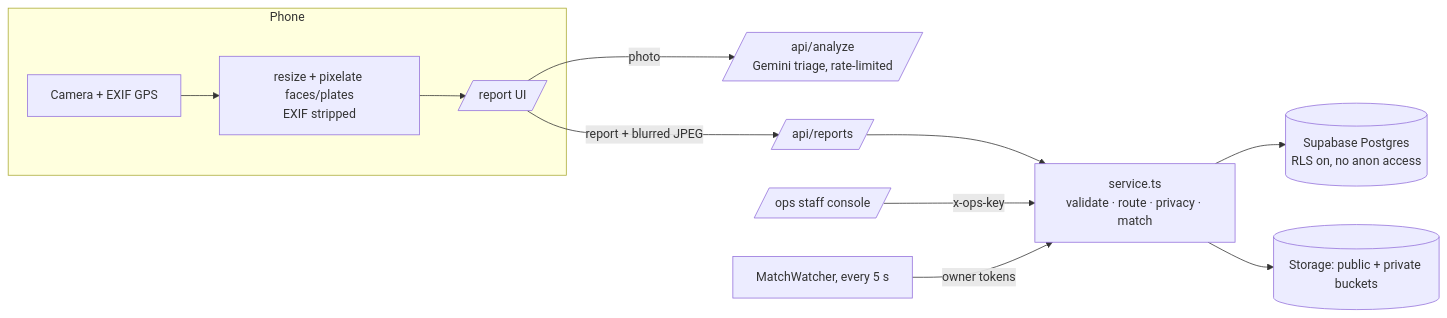
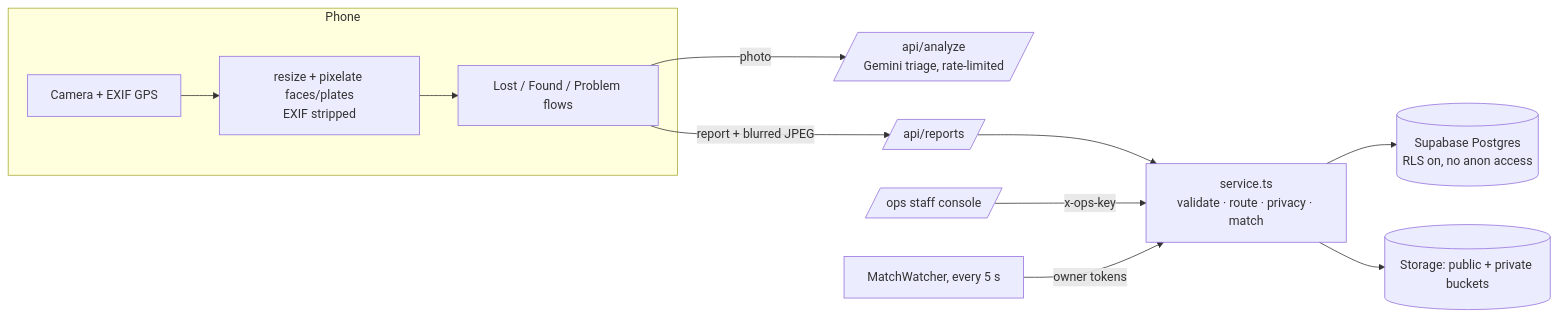
The diagram in README.md (AlexanderGiannak/hackjam26), drawn with Mermaid before and after one commit. The commit also changed other lines of this file and 20 other files, not shown here.

````diff
--- a/README.md
+++ b/README.md
@@ -48,14 +53,14 @@
 ```mermaid
 flowchart LR
   subgraph Phone
     A[Camera + EXIF GPS] --> B[resize + pixelate faces/plates<br/>EXIF stripped]
-    B --> C[/report UI/]
+    B --> C[Lost / Found / Problem flows]
   end
   C -- photo --> G[/api/analyze<br/>Gemini triage, rate-limited/]
   C -- report + blurred JPEG --> R[/api/reports/]
   R --> S[service.ts<br/>validate · route · privacy · match]
   S --> D[(Supabase Postgres<br/>RLS on, no anon access)]
   S --> P[(Storage: public + private buckets)]
   O[/ops staff console/] -- x-ops-key --> S
   W[MatchWatcher, every 5 s] -- owner tokens --> S
 ```
````
